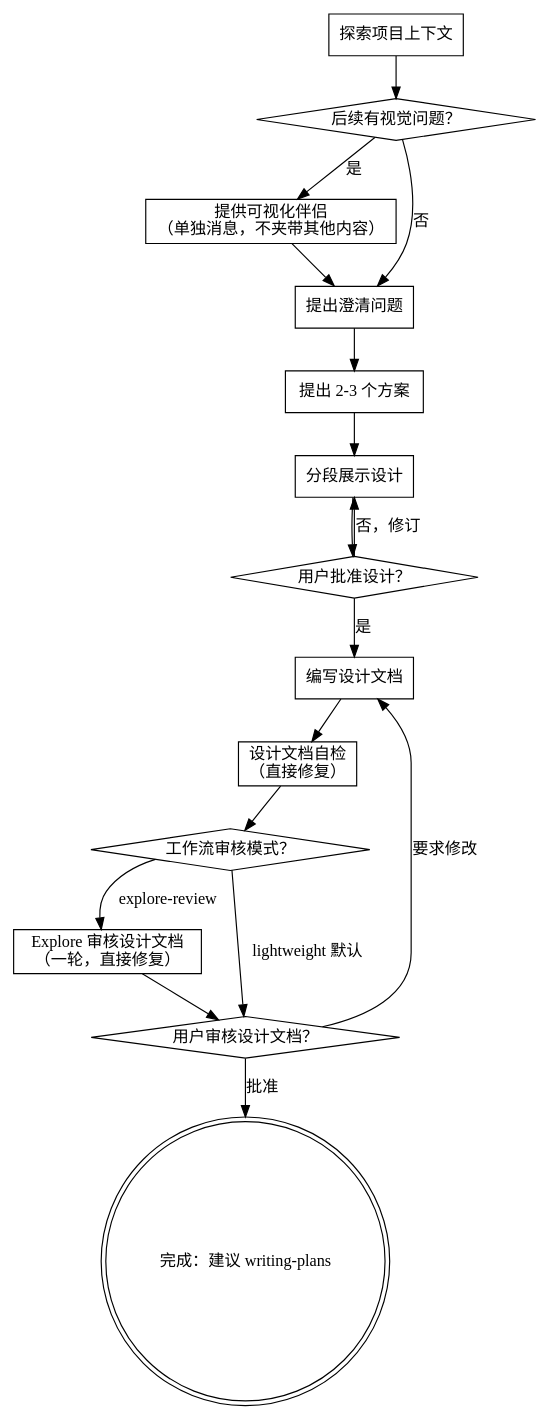
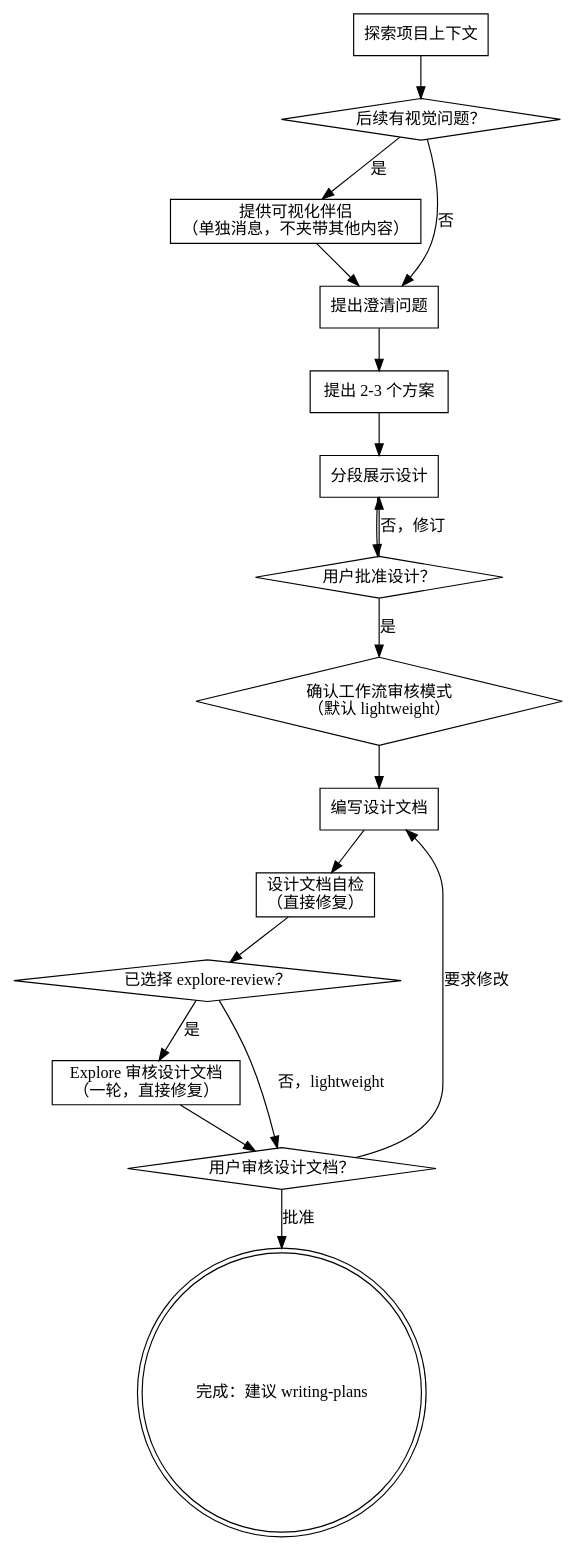
One commit to ysjai/.agent-skills changed the diagram in personal-skills/brainstorming/SKILL.md. Above: the diagram before and after it, drawn with Graphviz. The commit also changed other lines of this file and 12 other files, not shown here.

````diff
--- a/personal-skills/brainstorming/SKILL.md
+++ b/personal-skills/brainstorming/SKILL.md
@@ -39,34 +40,36 @@
 ```dot
 digraph brainstorming {
     "探索项目上下文" [shape=box];
     "后续有视觉问题？" [shape=diamond];
     "提供可视化伴侣\n（单独消息，不夹带其他内容）" [shape=box];
     "提出澄清问题" [shape=box];
     "提出 2-3 个方案" [shape=box];
     "分段展示设计" [shape=box];
     "用户批准设计？" [shape=diamond];
+    "确认工作流审核模式\n（默认 lightweight）" [shape=diamond];
     "编写设计文档" [shape=box];
     "设计文档自检\n（直接修复）" [shape=box];
-    "工作流审核模式？" [shape=diamond];
+    "已选择 explore-review？" [shape=diamond];
     "Explore 审核设计文档\n（一轮，直接修复）" [shape=box];
     "用户审核设计文档？" [shape=diamond];
     "完成：建议 writing-plans" [shape=doublecircle];
 
     "探索项目上下文" -> "后续有视觉问题？";
     "后续有视觉问题？" -> "提供可视化伴侣\n（单独消息，不夹带其他内容）" [label="是"];
     "后续有视觉问题？" -> "提出澄清问题" [label="否"];
     "提供可视化伴侣\n（单独消息，不夹带其他内容）" -> "提出澄清问题";
     "提出澄清问题" -> "提出 2-3 个方案";
     "提出 2-3 个方案" -> "分段展示设计";
     "分段展示设计" -> "用户批准设计？";
     "用户批准设计？" -> "分段展示设计" [label="否，修订"];
-    "用户批准设计？" -> "编写设计文档" [label="是"];
+    "用户批准设计？" -> "确认工作流审核模式\n（默认 lightweight）" [label="是"];
+    "确认工作流审核模式\n（默认 lightweight）" -> "编写设计文档";
     "编写设计文档" -> "设计文档自检\n（直接修复）";
-    "设计文档自检\n（直接修复）" -> "工作流审核模式？";
-    "工作流审核模式？" -> "Explore 审核设计文档\n（一轮，直接修复）" [label="explore-review"];
-    "工作流审核模式？" -> "用户审核设计文档？" [label="lightweight 默认"];
+    "设计文档自检\n（直接修复）" -> "已选择 explore-review？";
+    "已选择 explore-review？" -> "Explore 审核设计文档\n（一轮，直接修复）" [label="是"];
+    "已选择 explore-review？" -> "用户审核设计文档？" [label="否，lightweight"];
     "Explore 审核设计文档\n（一轮，直接修复）" -> "用户审核设计文档？";
     "用户审核设计文档？" -> "编写设计文档" [label="要求修改"];
     "用户审核设计文档？" -> "完成：建议 writing-plans" [label="批准"];
 }
 ```
````
